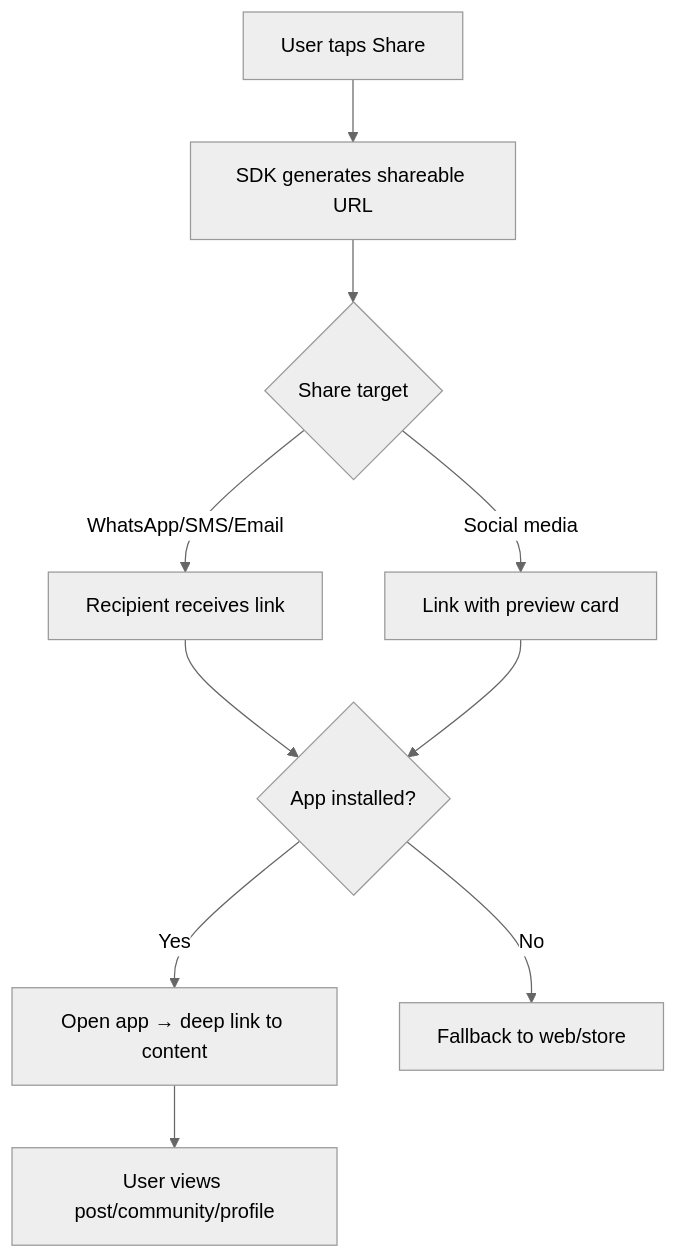
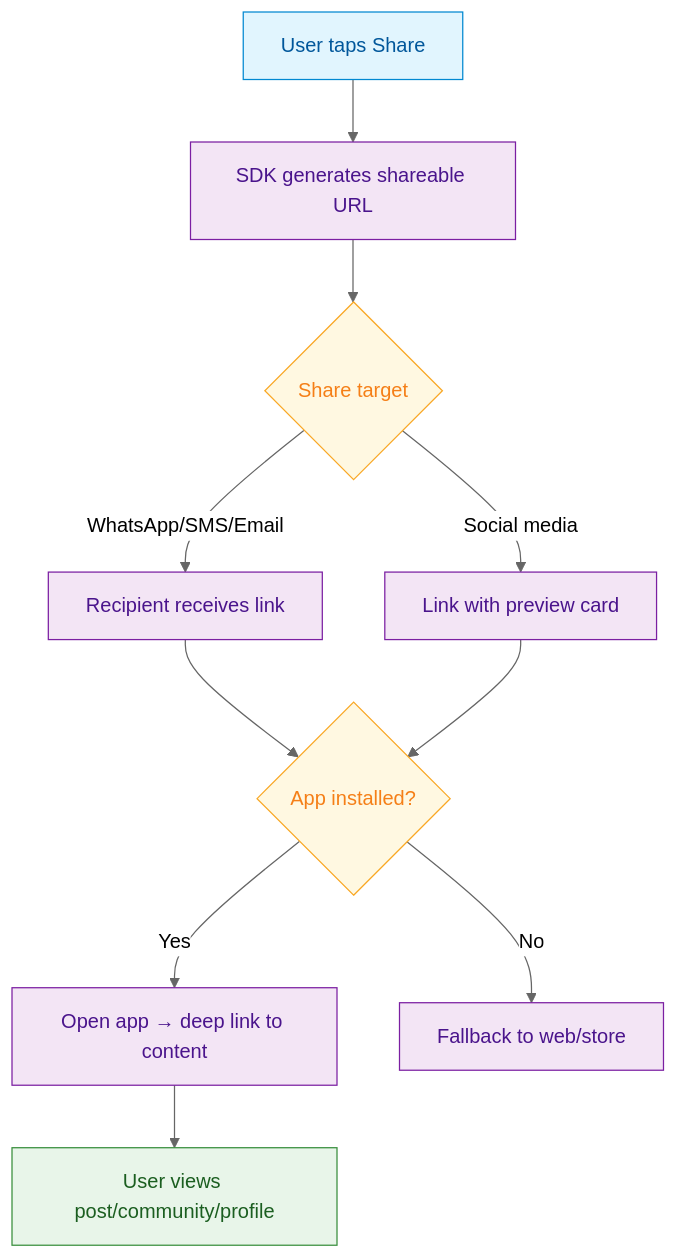
Before and after one commit to AmityCo/social-plus-docs: the diagram in use-cases/social/content-sharing-and-deep-links.mdx, drawn with Mermaid (neutral theme). The commit also changed other lines of this file and 26 other files, not shown here.

````diff
--- a/use-cases/social/content-sharing-and-deep-links.mdx
+++ b/use-cases/social/content-sharing-and-deep-links.mdx
@@ -29,12 +27,22 @@
 ```mermaid
 graph TD
     A[User taps Share] --> B[SDK generates shareable URL]
     B --> C{Share target}
     C -->|WhatsApp/SMS/Email| D[Recipient receives link]
     C -->|Social media| E[Link with preview card]
     D --> F{App installed?}
     E --> F
     F -->|Yes| G[Open app → deep link to content]
     F -->|No| H[Fallback to web/store]
     G --> I[User views post/community/profile]
+
+    classDef action fill:#e1f5fe,stroke:#0288d1,color:#01579b
+    classDef decision fill:#fff8e1,stroke:#f9a825,color:#f57f17
+    classDef process fill:#f3e5f5,stroke:#7b1fa2,color:#4a148c
+    classDef outcome fill:#e8f5e9,stroke:#388e3c,color:#1b5e20
+
+    class A action
+    class C,F decision
+    class B,D,E,G,H process
+    class I outcome
 ```
````
